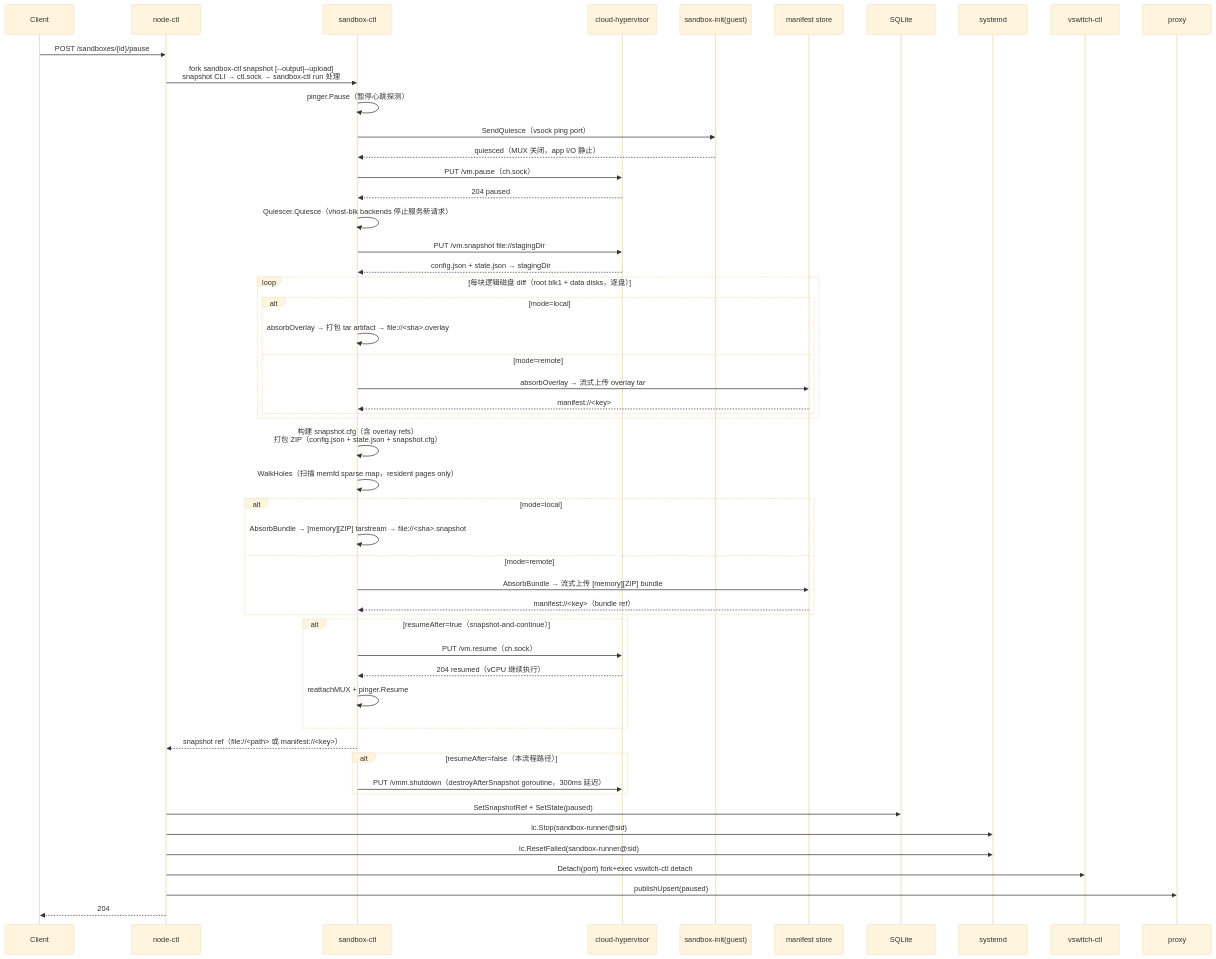
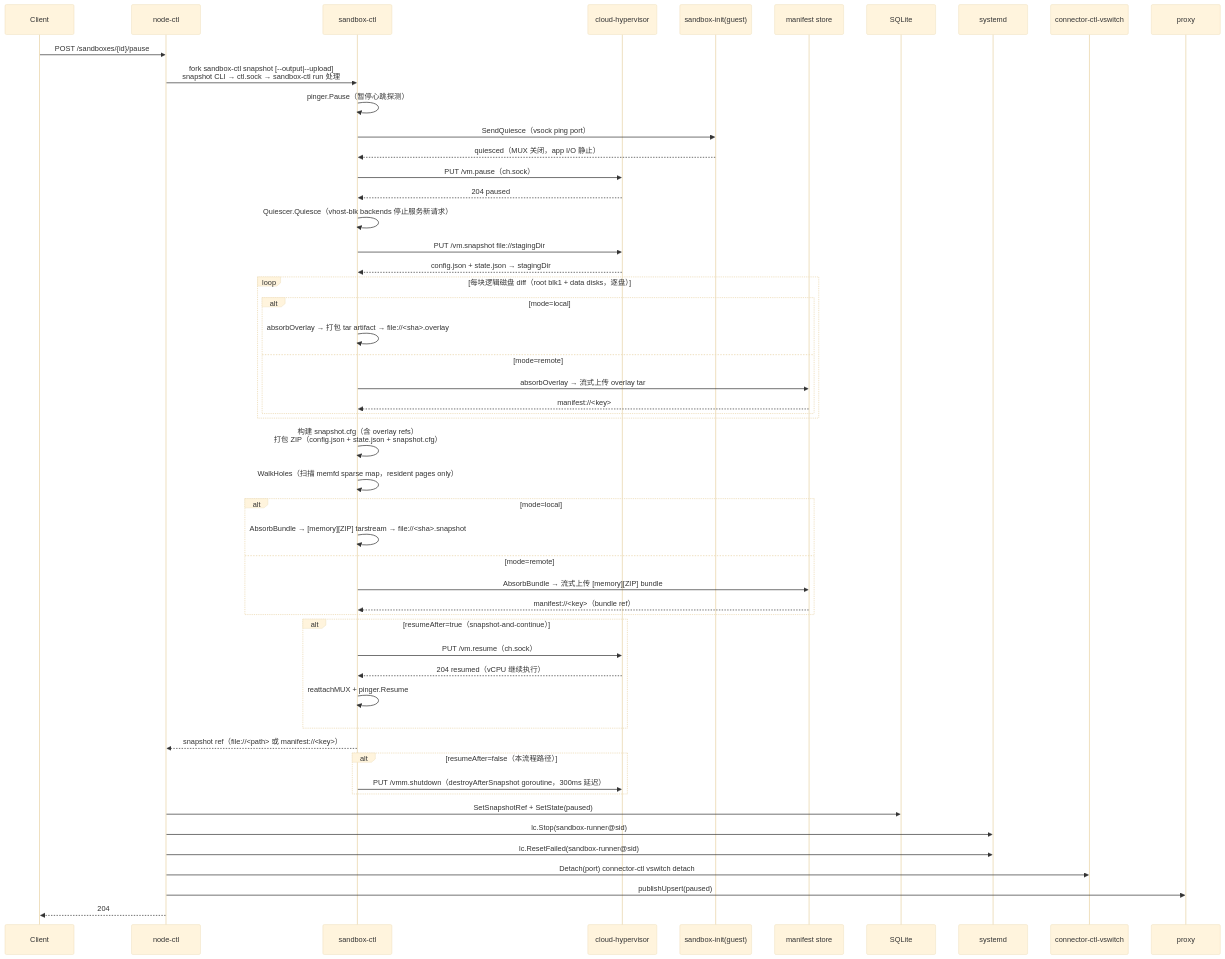
Before and after one commit to lyuyun/sandboxd: the second of 8 diagrams in docs/proposals/fe-2.2-serve-sandbox-lifecycle.md, drawn with Mermaid (base theme). The commit also changed other lines of this file and 1 other file, not shown here.

````diff
--- a/docs/proposals/fe-2.2-serve-sandbox-lifecycle.md
+++ b/docs/proposals/fe-2.2-serve-sandbox-lifecycle.md
@@ -431,55 +431,55 @@
 ```mermaid
 sequenceDiagram
     participant C as Client
     participant O as node-ctl
     participant SC as sandbox-ctl
     participant CH as cloud-hypervisor
     participant SI as sandbox-init(guest)
     participant MS as manifest store
     participant DB as SQLite
     participant SD as systemd
-    participant VS as vswitch-ctl
+    participant VS as connector-ctl-vswitch
     participant P as proxy
 
     C->>O: POST /sandboxes/{id}/pause
     O->>SC: fork sandbox-ctl snapshot [--output|--upload]<br>snapshot CLI → ctl.sock → sandbox-ctl run 处理
     SC->>SC: pinger.Pause（暂停心跳探测）
     SC->>SI: SendQuiesce（vsock ping port）
     SI-->>SC: quiesced（MUX 关闭，app I/O 静止）
     SC->>CH: PUT /vm.pause（ch.sock）
     CH-->>SC: 204 paused
     SC->>SC: Quiescer.Quiesce（vhost-blk backends 停止服务新请求）
     SC->>CH: PUT /vm.snapshot file://stagingDir
     CH-->>SC: config.json + state.json → stagingDir
     loop 每块逻辑磁盘 diff（root blk1 + data disks，逐盘）
         alt mode=local
             SC->>SC: absorbOverlay → 打包 tar artifact → file://<sha>.overlay
         else mode=remote
             SC->>MS: absorbOverlay → 流式上传 overlay tar
             MS-->>SC: manifest://<key>
         end
     end
     SC->>SC: 构建 snapshot.cfg（含 overlay refs）<br>打包 ZIP（config.json + state.json + snapshot.cfg）
     SC->>SC: WalkHoles（扫描 memfd sparse map，resident pages only）
     alt mode=local
         SC->>SC: AbsorbBundle → [memory][ZIP] tarstream → file://<sha>.snapshot
     else mode=remote
         SC->>MS: AbsorbBundle → 流式上传 [memory][ZIP] bundle
         MS-->>SC: manifest://<key>（bundle ref）
     end
     alt resumeAfter=true（snapshot-and-continue）
         SC->>CH: PUT /vm.resume（ch.sock）
         CH-->>SC: 204 resumed（vCPU 继续执行）
         SC->>SC: reattachMUX + pinger.Resume
     end
     SC-->>O: snapshot ref（file://<path> 或 manifest://<key>）
     alt resumeAfter=false（本流程路径）
         SC->>CH: PUT /vmm.shutdown（destroyAfterSnapshot goroutine，300ms 延迟）
     end
     O->>DB: SetSnapshotRef + SetState(paused)
     O->>SD: lc.Stop(sandbox-runner@sid)
     O->>SD: lc.ResetFailed(sandbox-runner@sid)
-    O->>VS: Detach(port) fork+exec vswitch-ctl detach
+    O->>VS: Detach(port) connector-ctl vswitch detach
     O->>P: publishUpsert(paused)
     O-->>C: 204
 ```
````
